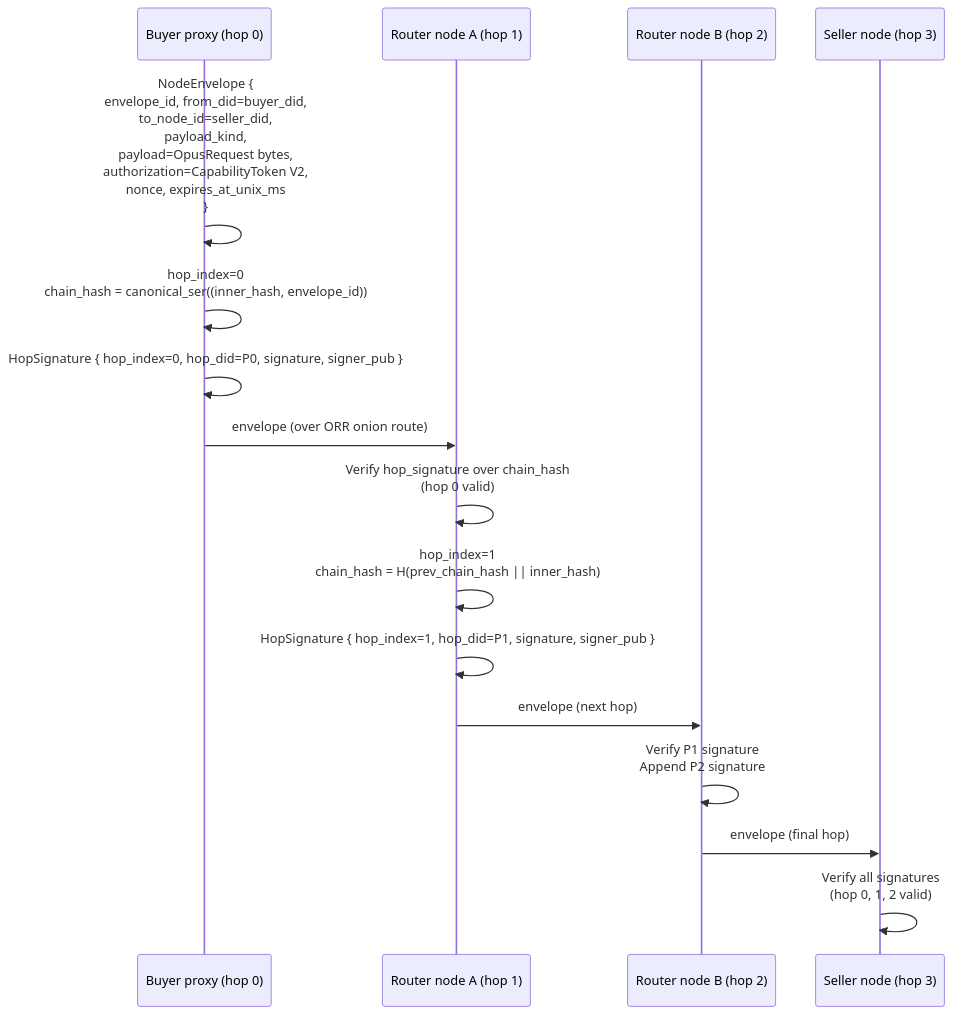
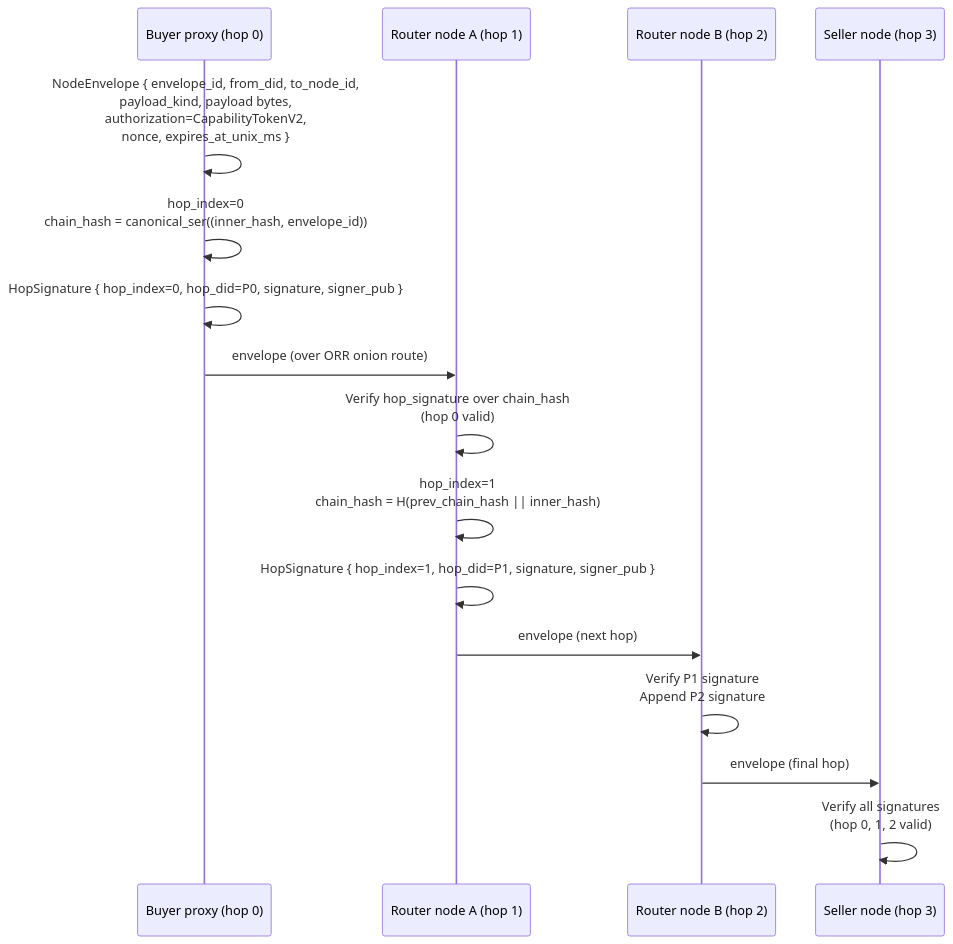
Before and after one commit to CipherOcto/cipherocto: the eighth of 14 diagrams in docs/architecture/end-to-end-scenarios.md, drawn with Mermaid. The commit also changed other lines of this file, not shown here.

````diff
--- a/docs/architecture/end-to-end-scenarios.md
+++ b/docs/architecture/end-to-end-scenarios.md
@@ -345,19 +346,19 @@
 ```mermaid
 sequenceDiagram
     participant P0 as Buyer proxy (hop 0)
     participant P1 as Router node A (hop 1)
     participant P2 as Router node B (hop 2)
     participant SN as Seller node (hop 3)
 
-    P0->>P0: NodeEnvelope {<br/>  envelope_id, from_did=buyer_did,<br/>  to_node_id=seller_did,<br/>  payload_kind,<br/>  payload=OpusRequest bytes,<br/>  authorization=CapabilityToken V2,<br/>  nonce, expires_at_unix_ms<br/>}
+    P0->>P0: NodeEnvelope { envelope_id, from_did, to_node_id,<br/>  payload_kind, payload bytes,<br/>  authorization=CapabilityTokenV2,<br/>  nonce, expires_at_unix_ms }
     P0->>P0: hop_index=0<br/>chain_hash = canonical_ser((inner_hash, envelope_id))
     P0->>P0: HopSignature { hop_index=0, hop_did=P0, signature, signer_pub }
     P0->>P1: envelope (over ORR onion route)
     P1->>P1: Verify hop_signature over chain_hash<br/>(hop 0 valid)
     P1->>P1: hop_index=1<br/>chain_hash = H(prev_chain_hash || inner_hash)
     P1->>P1: HopSignature { hop_index=1, hop_did=P1, signature, signer_pub }
     P1->>P2: envelope (next hop)
     P2->>P2: Verify P1 signature<br/>Append P2 signature
     P2->>SN: envelope (final hop)
     SN->>SN: Verify all signatures<br/>(hop 0, 1, 2 valid)
 ```
````
